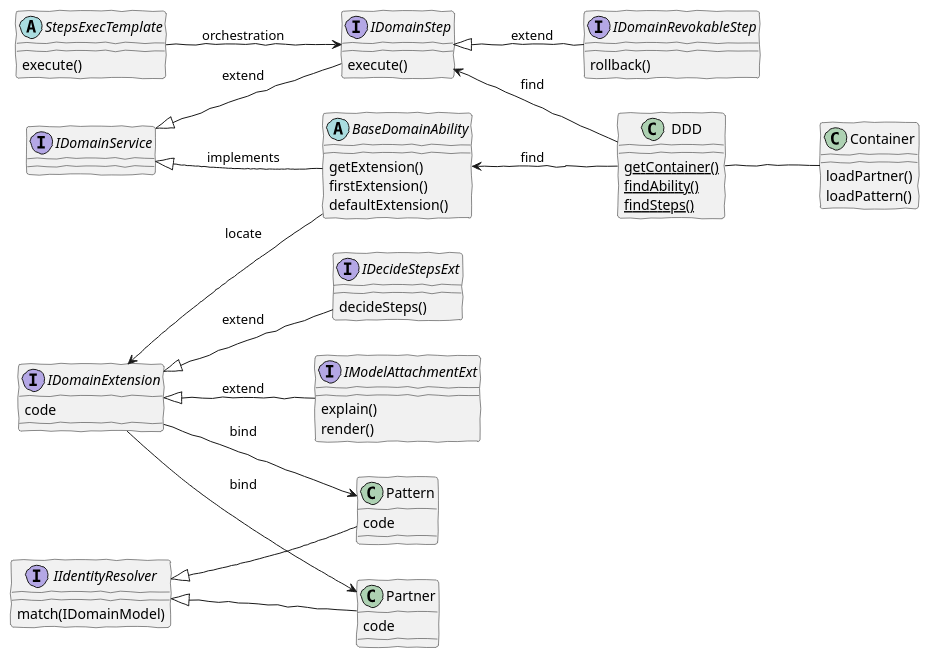
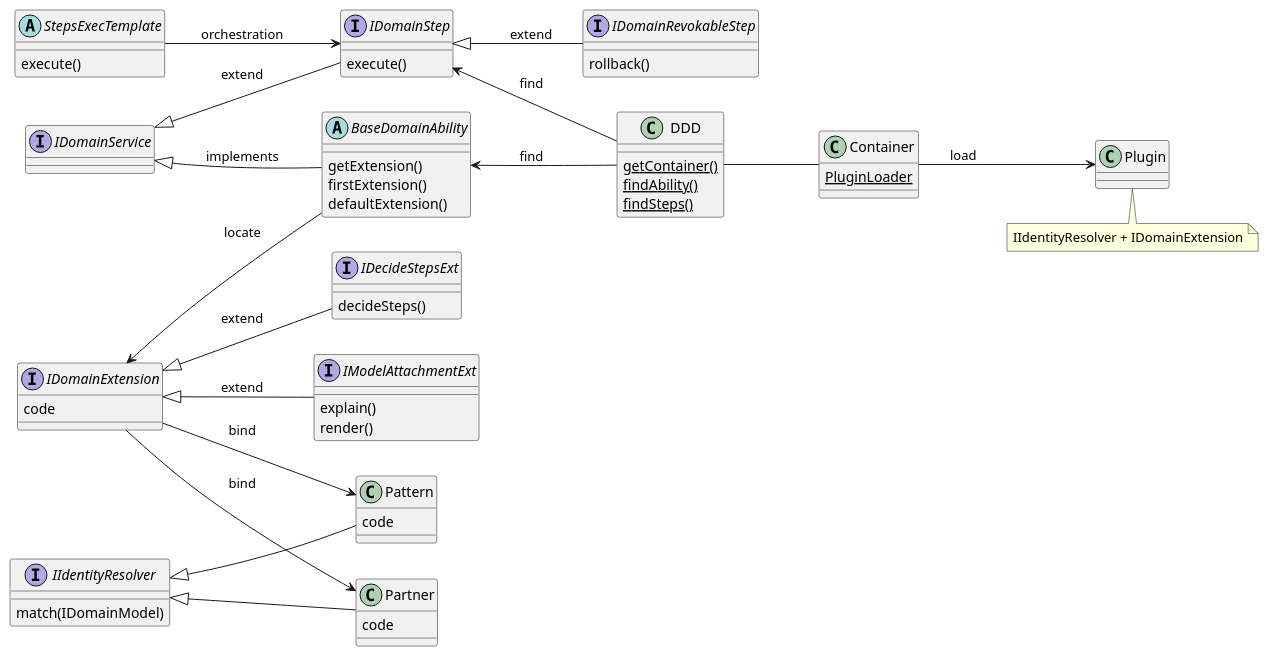
One commit to funkygao/cp-ddd-framework changed the diagram in doc/classes.puml. Above: the diagram before and after it, drawn with PlantUML. The commit also changed 1 other file, not shown here.

```diff
--- a/doc/classes.puml
+++ b/doc/classes.puml
@@ -1,56 +1,61 @@
 @startuml
-skinparam handwritten true
+skinparam handwritten false
 skinparam shadowing<<with_shadow>> true
 left to right direction
 
 interface IDomainService
 interface IDomainStep
 IDomainStep : execute()
 interface IDecideStepsExt
 interface IDomainRevokableStep
 IDomainRevokableStep : rollback()
 interface IDomainExtension
 interface IIdentityResolver
 interface IModelAttachmentExt
 IModelAttachmentExt : explain()
 IModelAttachmentExt : render()
 abstract StepsExecTemplate
 abstract BaseDomainAbility
 BaseDomainAbility : getExtension()
 BaseDomainAbility : firstExtension()
 BaseDomainAbility : defaultExtension()
 StepsExecTemplate : execute()
 DDD : {static} getContainer()
 DDD : {static} findAbility()
 DDD : {static} findSteps()
 IDecideStepsExt : decideSteps()
 IIdentityResolver : match(IDomainModel)
 
 IDomainService <|-- IDomainStep: extend
 IDomainStep <|-- IDomainRevokableStep: extend
 IDomainService <|-- BaseDomainAbility: implements
 
 IDomainExtension <|-- IDecideStepsExt: extend
 IDomainExtension <|-- IModelAttachmentExt: extend
 
 IIdentityResolver <|-- Pattern
 IIdentityResolver <|-- Partner
 
 BaseDomainAbility <-- DDD: find
 IDomainStep <-- DDD: find
 
 IDomainExtension <-- BaseDomainAbility: locate
 
 IDomainExtension --> Pattern: bind
 IDomainExtension --> Partner: bind
 
 DDD -- Container
-Container : loadPartner()
-Container : loadPattern()
+Container : {static} PluginLoader
+
+Container --> Plugin : load
+
+note bottom of Plugin
+   IIdentityResolver + IDomainExtension
+end note
 
 Partner : code
 Pattern : code
 IDomainExtension : code
 
 StepsExecTemplate --> IDomainStep: orchestration
 @enduml
```
